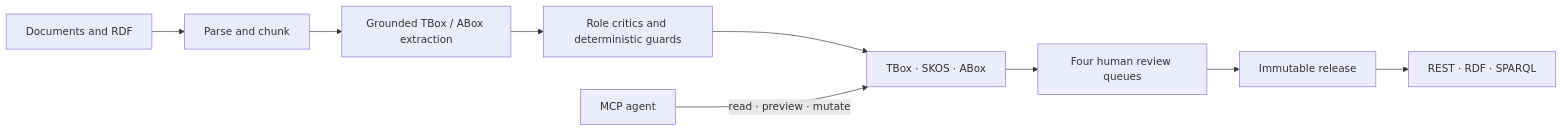
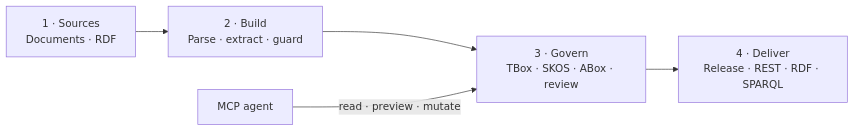
The first of 2 diagrams in README.md (deeplethe/utopia), drawn with Mermaid before and after one commit. The commit also changed other lines of this file and 5 other files, not shown here.

Commit message:
docs: enhance project visuals and roadmap

````diff
--- a/README.md
+++ b/README.md
@@ -74,11 +81,7 @@
 ```mermaid
 flowchart LR
-    SOURCE["Documents and RDF"] --> PARSE["Parse and chunk"]
-    PARSE --> EXTRACT["Grounded TBox / ABox extraction"]
-    EXTRACT --> GUARD["Role critics and deterministic guards"]
-    GUARD --> GRAPHS["TBox · SKOS · ABox"]
-    GRAPHS --> REVIEW["Four human review queues"]
-    REVIEW --> RELEASE["Immutable release"]
-    RELEASE --> SERVE["REST · RDF · SPARQL"]
-    AGENT["MCP agent"] -->|"read · preview · mutate"| GRAPHS
+    SOURCE["1 · Sources<br/>Documents · RDF"] --> BUILD["2 · Build<br/>Parse · extract · guard"]
+    BUILD --> GOVERN["3 · Govern<br/>TBox · SKOS · ABox · review"]
+    GOVERN --> DELIVER["4 · Deliver<br/>Release · REST · RDF · SPARQL"]
+    AGENT["MCP agent"] -->|"read · preview · mutate"| GOVERN
 ```
````
